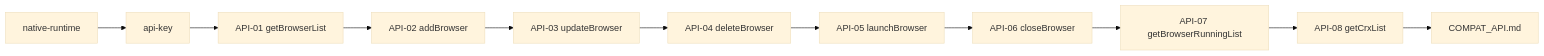
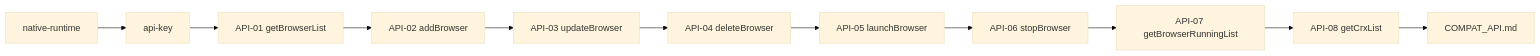
One commit to 0xZxh/VirtualBrowser changed the first of 2 diagrams in .cursor/plans/backend_native_api_整合_9545f4b9.plan.md. Above: the diagram before and after it, drawn with Mermaid (base theme). The commit also changed other lines of this file and 109 other files, not shown here.

````diff
--- a/.cursor/plans/backend_native_api_整合_9545f4b9.plan.md
+++ b/.cursor/plans/backend_native_api_整合_9545f4b9.plan.md
@@ -170,17 +173,17 @@
 ```mermaid
 flowchart LR
   Infra1[native-runtime]
   Infra2[api-key]
   A01[API-01 getBrowserList]
   A02[API-02 addBrowser]
   A03[API-03 updateBrowser]
   A04[API-04 deleteBrowser]
   A05[API-05 launchBrowser]
-  A06[API-06 closeBrowser]
+  A06[API-06 stopBrowser]
   A07[API-07 getBrowserRunningList]
   A08[API-08 getCrxList]
   Doc[COMPAT_API.md]
 
   Infra1 --> Infra2
   Infra2 --> A01 --> A02 --> A03 --> A04 --> A05 --> A06 --> A07 --> A08 --> Doc
 ```
````
